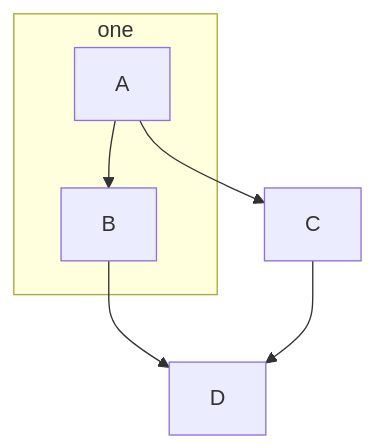
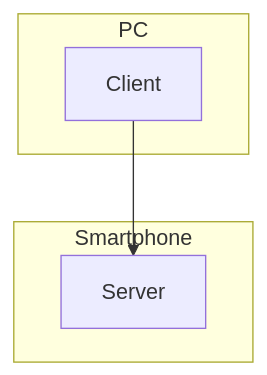
One commit to 201710808/Game-Stamina-Alarm changed the diagram in README.md. Above: the diagram before and after it, drawn with Mermaid.

````diff
--- a/README.md
+++ b/README.md
@@ -3,9 +3,9 @@
 ```mermaid
 graph TB;
-    subgraph one;
-    A-->B;
+    subgraph PC;
+    Client;
     end;
-    A-->C;
-    B-->D;
-    C-->D;
+    subgraph Smartphone;
+    Client-->Server;
+    end;
 ```
````
